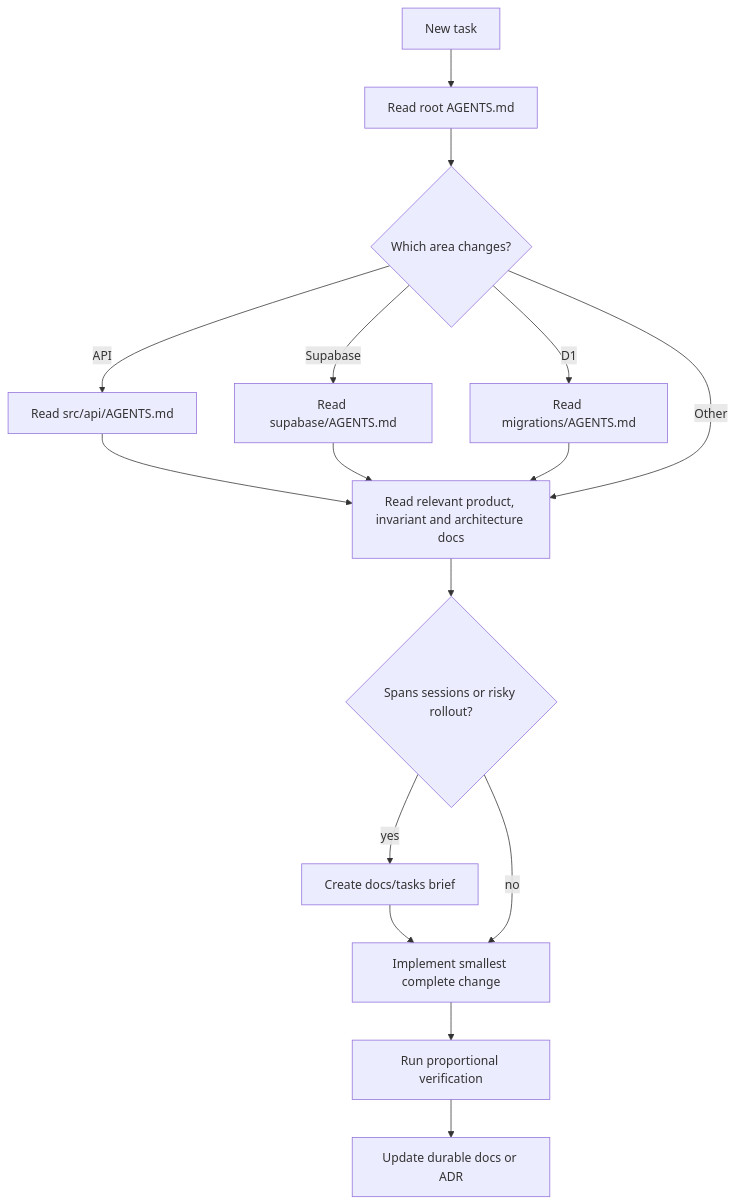
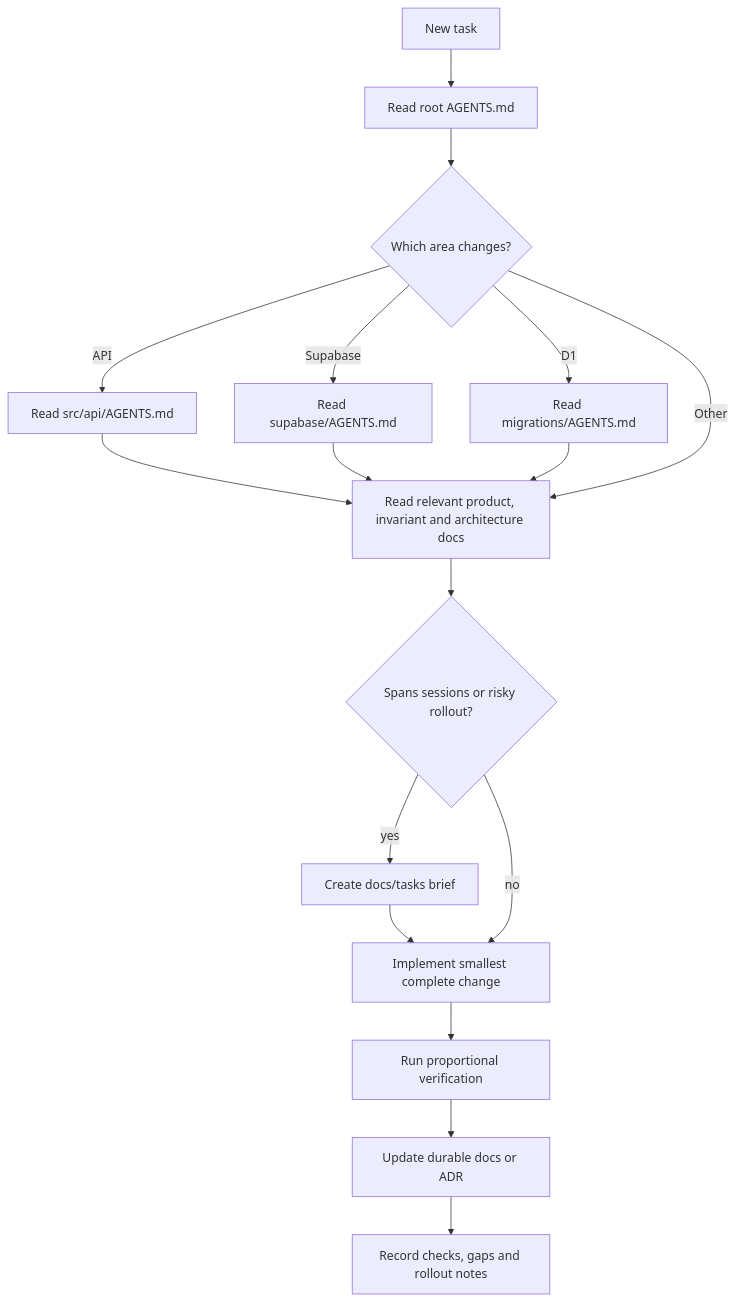
One commit to Axoineo/dikho changed diagram 34 of 34 in VISUALIZE.md. Above: the diagram before and after it, drawn with Mermaid. The commit also changed other lines of this file and 107 other files, not shown here.

````diff
--- a/VISUALIZE.md
+++ b/VISUALIZE.md
@@ -1203,25 +1259,26 @@
 ```mermaid
 flowchart TD
     START[New task]
     AGENT[Read root AGENTS.md]
     SCOPE{Which area changes?}
     APIA[Read src/api/AGENTS.md]
     SBA[Read supabase/AGENTS.md]
     D1A[Read migrations/AGENTS.md]
     PRODUCT[Read relevant product, invariant and architecture docs]
     BRIEF{Spans sessions or risky rollout?}
     TASK[Create docs/tasks brief]
     WORK[Implement smallest complete change]
     VERIFY[Run proportional verification]
     UPDATE[Update durable docs or ADR]
+    HANDOFF[Record checks, gaps and rollout notes]
 
     START --> AGENT --> SCOPE
     SCOPE -->|API| APIA --> PRODUCT
     SCOPE -->|Supabase| SBA --> PRODUCT
     SCOPE -->|D1| D1A --> PRODUCT
     SCOPE -->|Other| PRODUCT
     PRODUCT --> BRIEF
     BRIEF -->|yes| TASK --> WORK
     BRIEF -->|no| WORK
-    WORK --> VERIFY --> UPDATE
+    WORK --> VERIFY --> UPDATE --> HANDOFF
 ```
````
